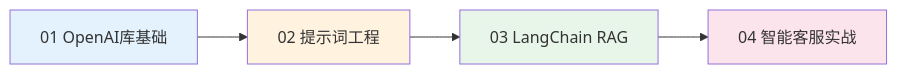
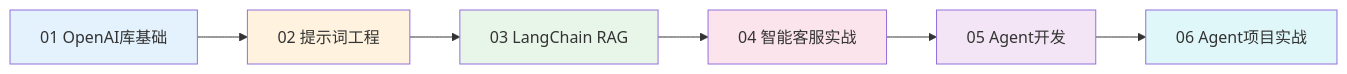
Before and after one commit to Redmoon-2333/LangChain-RAG: the first of 4 diagrams in README.md, drawn with Mermaid. The commit also changed other lines of this file, not shown here.

````diff
--- a/README.md
+++ b/README.md
@@ -59,11 +16,15 @@
 ```mermaid
 flowchart LR
     A[01 OpenAI库基础] --> B[02 提示词工程]
     B --> C[03 LangChain RAG]
     C --> D[04 智能客服实战]
+    D --> E[05 Agent开发]
+    E --> F[06 Agent项目实战]
     
     style A fill:#e3f2fd
     style B fill:#fff3e0
     style C fill:#e8f5e9
     style D fill:#fce4ec
+    style E fill:#f3e5f5
+    style F fill:#e0f7fa
 ```
````
